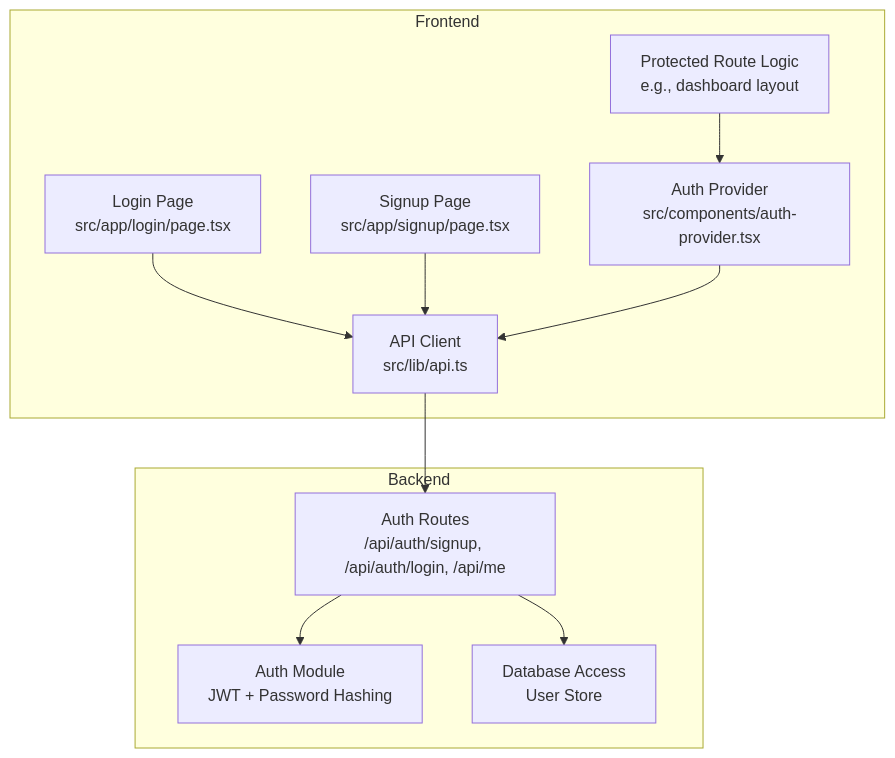
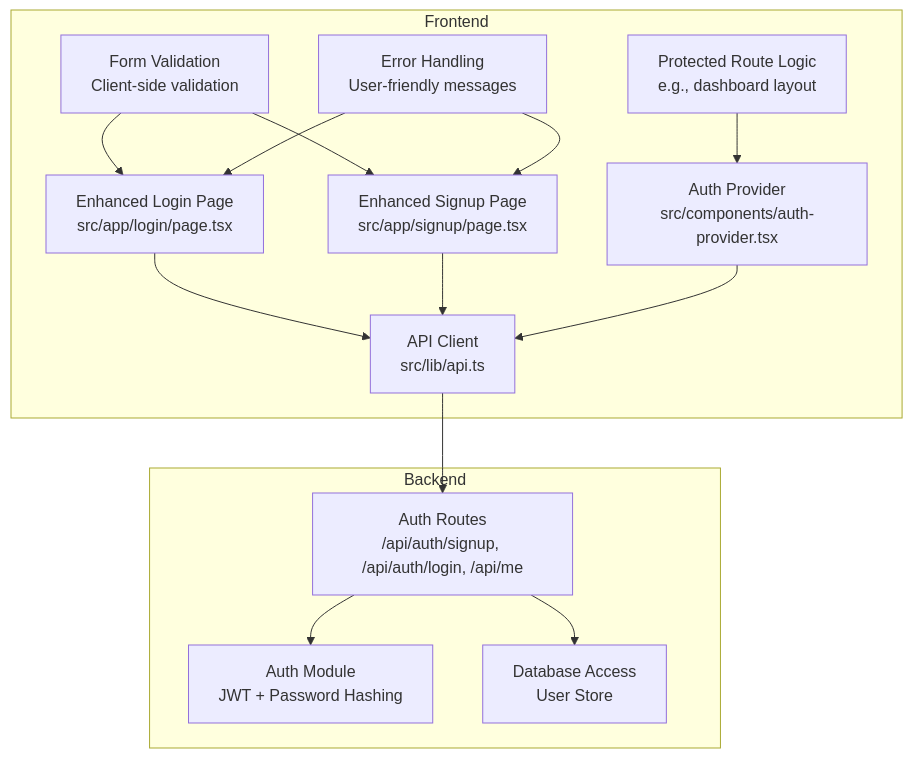
One commit to HassanAmeer/cheaprouter changed the first of 6 diagrams in .qoder/repowiki/en/content/Core Concepts/Authentication System.md. Above: the diagram before and after it, drawn with Mermaid. The commit also changed other lines of this file and 54 other files, not shown here.

````diff
--- a/.qoder/repowiki/en/content/Core Concepts/Authentication System.md
+++ b/.qoder/repowiki/en/content/Core Concepts/Authentication System.md
@@ -40,22 +51,28 @@
 ```mermaid
 graph TB
 subgraph "Frontend"
 APIClient["API Client<br/>src/lib/api.ts"]
 AuthProvider["Auth Provider<br/>src/components/auth-provider.tsx"]
-LoginPage["Login Page<br/>src/app/login/page.tsx"]
-SignupPage["Signup Page<br/>src/app/signup/page.tsx"]
+LoginPage["Enhanced Login Page<br/>src/app/login/page.tsx"]
+SignupPage["Enhanced Signup Page<br/>src/app/signup/page.tsx"]
 ProtectedRoute["Protected Route Logic<br/>e.g., dashboard layout"]
+FormValidation["Form Validation<br/>Client-side validation"]
+ErrorHandling["Error Handling<br/>User-friendly messages"]
 end
 subgraph "Backend"
 Routes["Auth Routes<br/>/api/auth/signup, /api/auth/login, /api/me"]
 AuthModule["Auth Module<br/>JWT + Password Hashing"]
 DB["Database Access<br/>User Store"]
 end
 LoginPage --> APIClient
 SignupPage --> APIClient
 APIClient --> Routes
 Routes --> AuthModule
 Routes --> DB
 AuthProvider --> APIClient
 ProtectedRoute --> AuthProvider
+FormValidation --> LoginPage
+FormValidation --> SignupPage
+ErrorHandling --> LoginPage
+ErrorHandling --> SignupPage
 ```
````
